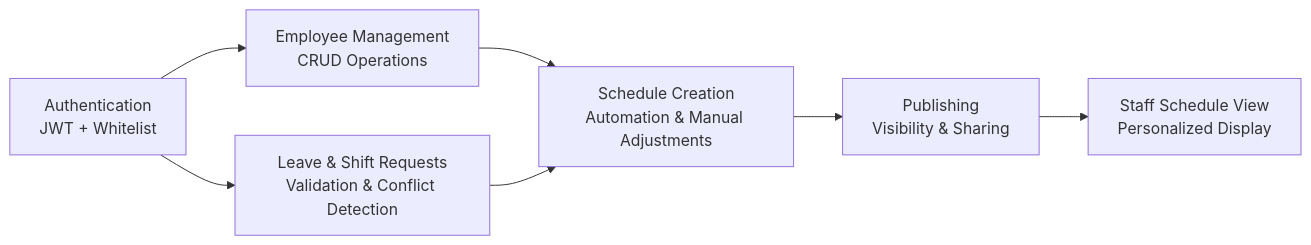
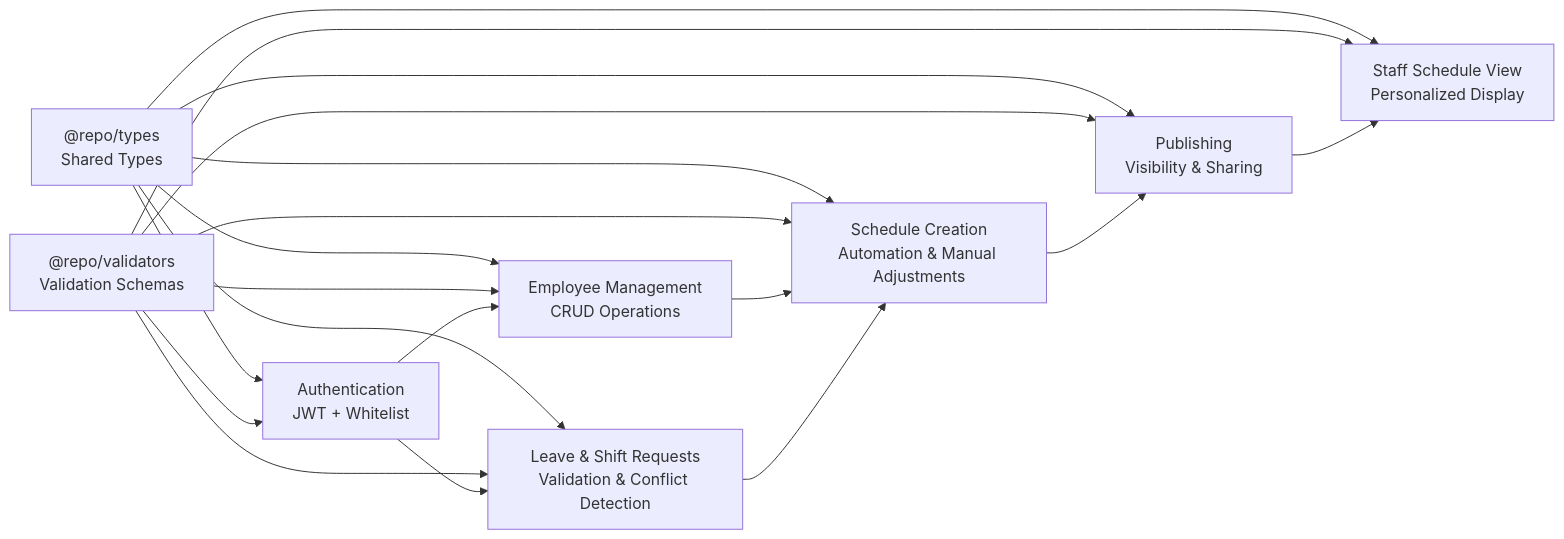
Diagram 12 of 12 in .qoder/repowiki/en/content/Product Requirements Document/Product Requirements Document.md (epo33m/scheduling), drawn with Mermaid before and after one commit. The commit also changed other lines of this file and 50 other files, not shown here.

````diff
--- a/.qoder/repowiki/en/content/Product Requirements Document/Product Requirements Document.md
+++ b/.qoder/repowiki/en/content/Product Requirements Document/Product Requirements Document.md
@@ -305,9 +410,21 @@
 ```mermaid
 graph LR
-Auth["Authentication<br/>JWT + Whitelist"] --> Emp["Employee Management<br/>CRUD Operations"]
-Auth --> Req["Leave & Shift Requests<br/>Validation & Conflict Detection"]
-Emp --> Sched["Schedule Creation<br/>Automation & Manual Adjustments"]
+Types["@repo/types<br/>Shared Types"] --> Auth["Authentication<br/>JWT + Whitelist"]
+Types --> Emp["Employee Management<br/>CRUD Operations"]
+Types --> Req["Leave & Shift Requests<br/>Validation & Conflict Detection"]
+Types --> Sched["Schedule Creation<br/>Automation & Manual Adjustments"]
+Types --> Pub["Publishing<br/>Visibility & Sharing"]
+Types --> View["Staff Schedule View<br/>Personalized Display"]
+Validators["@repo/validators<br/>Validation Schemas"] --> Auth
+Validators --> Emp
+Validators --> Req
+Validators --> Sched
+Validators --> Pub
+Validators --> View
+Auth --> Emp
+Auth --> Req
+Emp --> Sched
 Req --> Sched
-Sched --> Pub["Publishing<br/>Visibility & Sharing"]
-Pub --> View["Staff Schedule View<br/>Personalized Display"]
+Sched --> Pub
+Pub --> View
 ```
````
